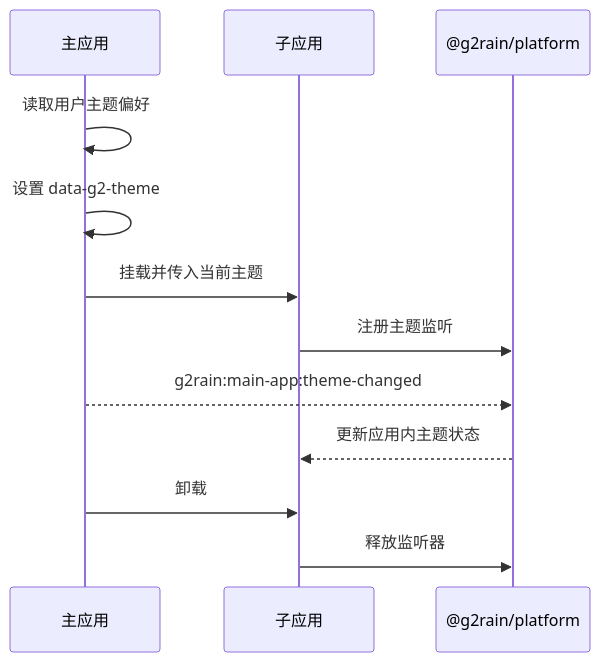
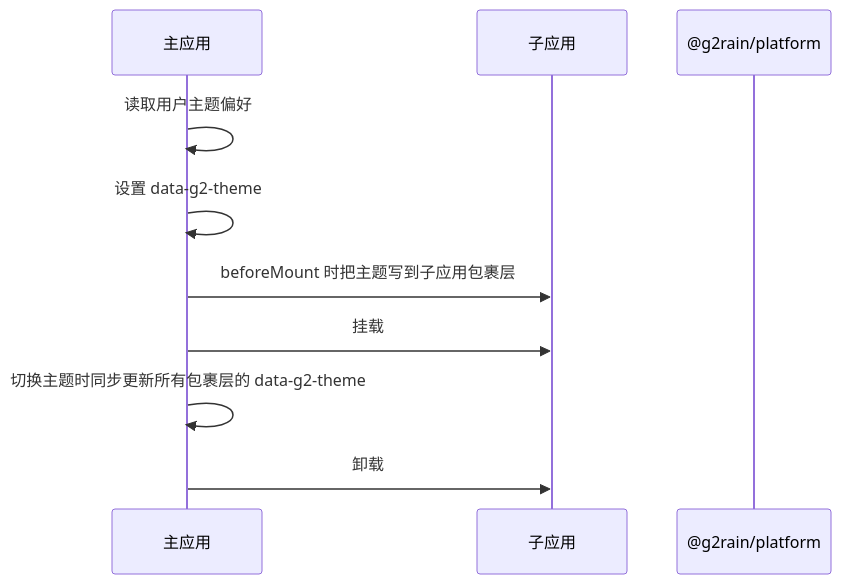
One commit to g2rain/g2rain-appkit changed the diagram in docs/architecture/theme-and-micro-app.md. Above: the diagram before and after it, drawn with Mermaid. The commit also changed other lines of this file and 50 other files, not shown here.

````diff
--- a/docs/architecture/theme-and-micro-app.md
+++ b/docs/architecture/theme-and-micro-app.md
@@ -29,15 +31,13 @@
 ```mermaid
 sequenceDiagram
   participant Shell as 主应用
   participant App as 子应用
   participant Runtime as @g2rain/platform
 
   Shell->>Shell: 读取用户主题偏好
   Shell->>Shell: 设置 data-g2-theme
-  Shell->>App: 挂载并传入当前主题
-  App->>Runtime: 注册主题监听
-  Shell-->>Runtime: g2rain:main-app:theme-changed
-  Runtime-->>App: 更新应用内主题状态
+  Shell->>App: beforeMount 时把主题写到子应用包裹层
+  Shell->>App: 挂载
+  Shell->>Shell: 切换主题时同步更新所有包裹层的 data-g2-theme
   Shell->>App: 卸载
-  App->>Runtime: 释放监听器
 ```
````
